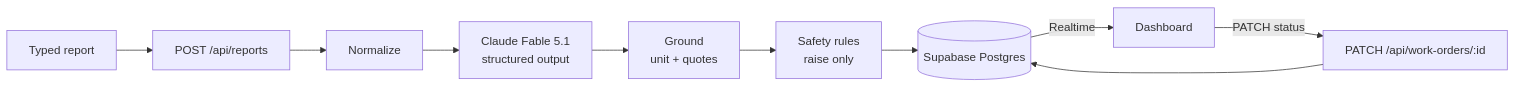
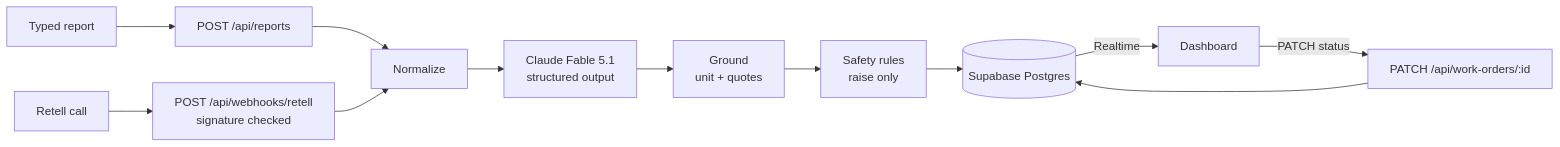
One commit to Historfic/workspark-maintenance changed the diagram in README.md. Above: the diagram before and after it, drawn with Mermaid. The commit also changed other lines of this file and 2 other files, not shown here.

````diff
--- a/README.md
+++ b/README.md
@@ -12,12 +19,14 @@
 ```mermaid
 flowchart LR
   T[Typed report] --> API["POST /api/reports"]
+  C[Retell call] --> W["POST /api/webhooks/retell<br/>signature checked"]
   API --> N[Normalize]
+  W --> N
   N --> X["Claude Fable 5.1<br/>structured output"]
   X --> G["Ground<br/>unit + quotes"]
   G --> R["Safety rules<br/>raise only"]
   R --> DB[("Supabase Postgres")]
   DB -- Realtime --> UI[Dashboard]
   UI -- "PATCH status" --> S["PATCH /api/work-orders/:id"]
   S --> DB
 ```
````
